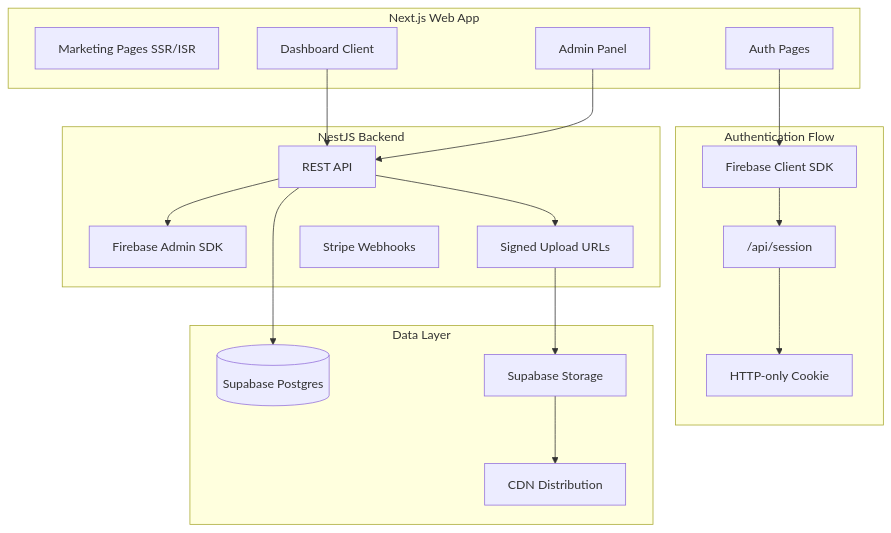
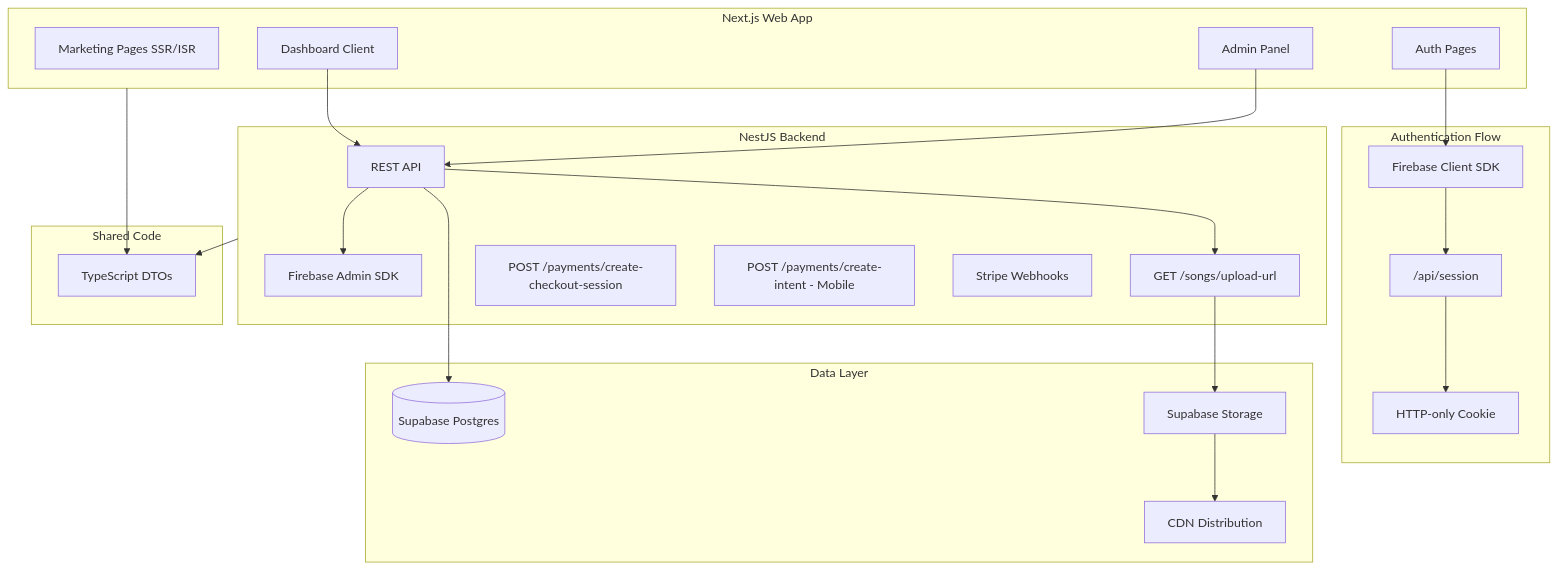
Before and after one commit to Tmaku18/RADIOapp: the first of 4 diagrams in .cursor/plans/Web_App_Implementation_Plan.plan.md, drawn with Mermaid. The commit also changed other lines of this file, not shown here.

Commit message:
docs: Update web app plan to v2.1 - dual Stripe flows, howler.js, shared DTOs

````diff
--- a/.cursor/plans/Web_App_Implementation_Plan.plan.md
+++ b/.cursor/plans/Web_App_Implementation_Plan.plan.md
@@ -65,39 +71,47 @@
 ```mermaid
 graph TD
     subgraph web [Next.js Web App]
         Marketing[Marketing Pages SSR/ISR]
         AuthPages[Auth Pages]
         Dashboard[Dashboard Client]
         AdminPanel[Admin Panel]
     end
     
     subgraph auth [Authentication Flow]
         FirebaseClient[Firebase Client SDK]
         SessionAPI["/api/session"]
         SessionCookie[HTTP-only Cookie]
     end
     
     subgraph backend [NestJS Backend]
         API[REST API]
         FirebaseAdmin[Firebase Admin SDK]
-        SignedURLs[Signed Upload URLs]
+        SignedURLs[GET /songs/upload-url]
+        CheckoutSession[POST /payments/create-checkout-session]
+        PaymentIntent[POST /payments/create-intent - Mobile]
         StripeWebhook[Stripe Webhooks]
     end
     
     subgraph storage [Data Layer]
         Supabase[(Supabase Postgres)]
         SupaStorage[Supabase Storage]
         CDN[CDN Distribution]
+    end
+    
+    subgraph shared [Shared Code]
+        DTOs[TypeScript DTOs]
     end
     
     AuthPages --> FirebaseClient
     FirebaseClient --> SessionAPI
     SessionAPI --> SessionCookie
     Dashboard --> API
     AdminPanel --> API
     API --> FirebaseAdmin
     API --> SignedURLs
     SignedURLs --> SupaStorage
     SupaStorage --> CDN
     API --> Supabase
+    web --> DTOs
+    backend --> DTOs
 ```
````
